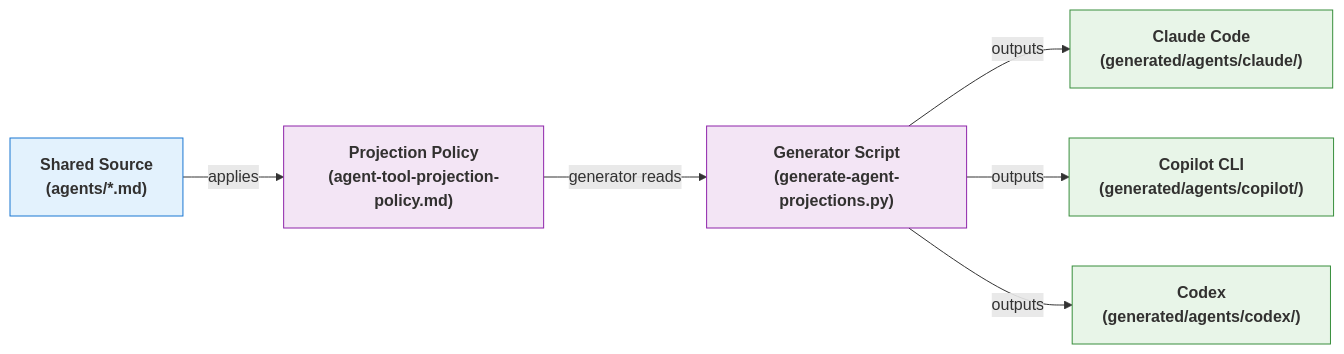
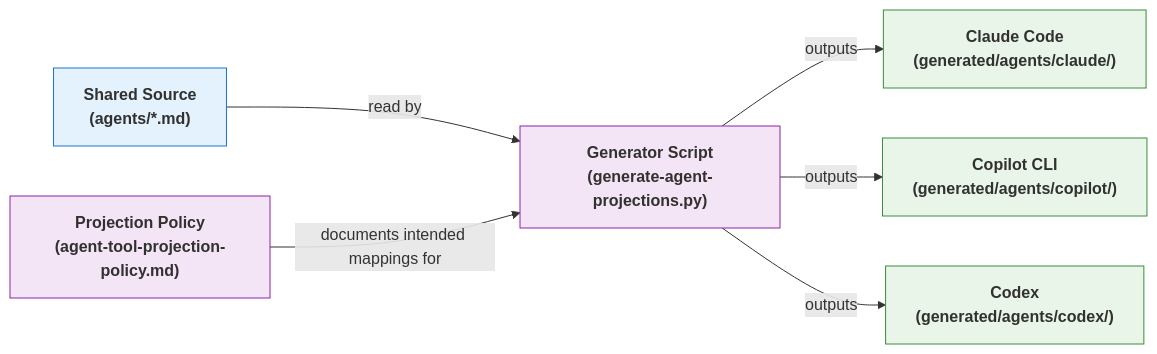
One commit to russell-laing/al-dev-shared changed the first of 6 diagrams in docs/projection-layer-readme.md. Above: the diagram before and after it, drawn with Mermaid. The commit also changed other lines of this file and 11 other files, not shown here.

````diff
--- a/docs/projection-layer-readme.md
+++ b/docs/projection-layer-readme.md
@@ -27,19 +27,19 @@
 ```mermaid
 graph LR
-    A["Shared Source<br/>(agents/*.md)"] -->|applies| B["Projection Policy<br/>(agent-tool-projection-policy.md)"]
-    B -->|generator reads| C["Generator Script<br/>(generate-agent-projections.py)"]
+    A["Shared Source<br/>(agents/*.md)"] -->|read by| C["Generator Script<br/>(generate-agent-projections.py)"]
+    B["Projection Policy<br/>(agent-tool-projection-policy.md)"] -->|documents intended mappings for| C
     C -->|outputs| D["Claude Code<br/>(generated/agents/claude/)"]
     C -->|outputs| E["Copilot CLI<br/>(generated/agents/copilot/)"]
     C -->|outputs| F["Codex<br/>(generated/agents/codex/)"]
 
     classDef input fill:#e3f2fd,stroke:#1976d2,color:#323130,font-weight:bold
     classDef process fill:#f3e5f5,stroke:#8e24aa,color:#323130,font-weight:bold
     classDef output fill:#e8f5e8,stroke:#388e3c,color:#323130,font-weight:bold
 
     class A input
     class B process
     class C process
     class D output
     class E output
     class F output
 ```
````
